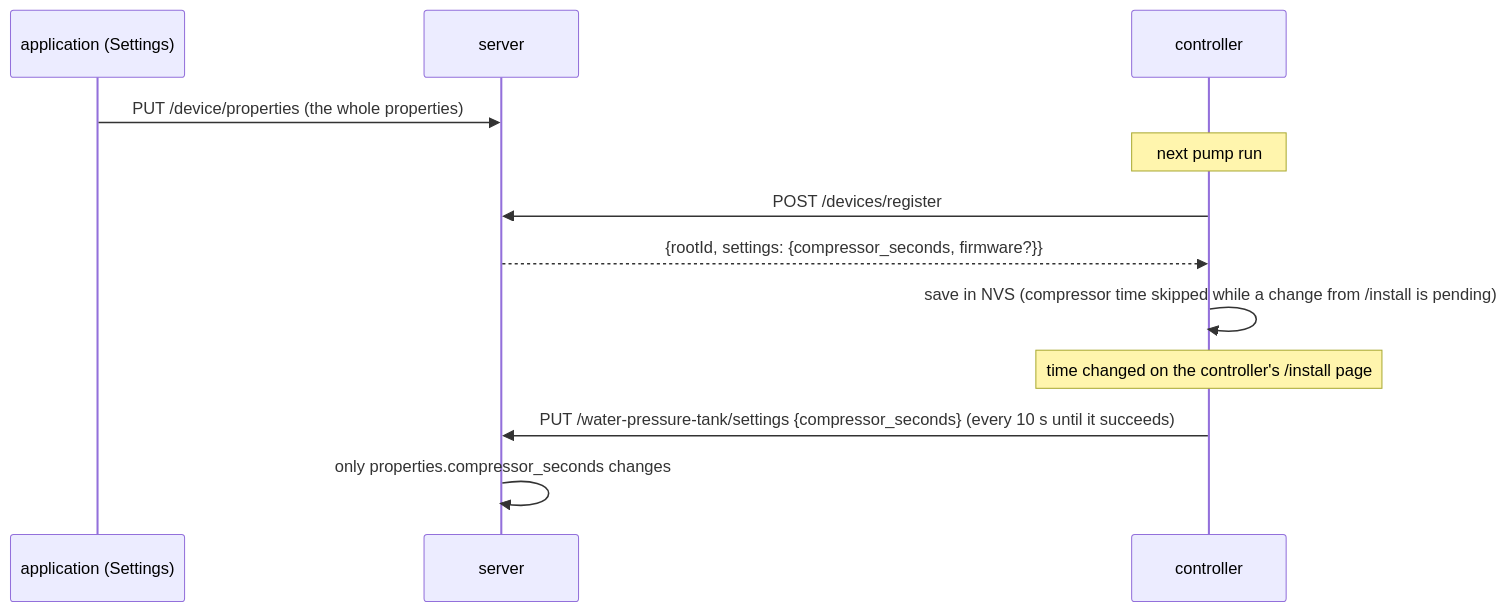
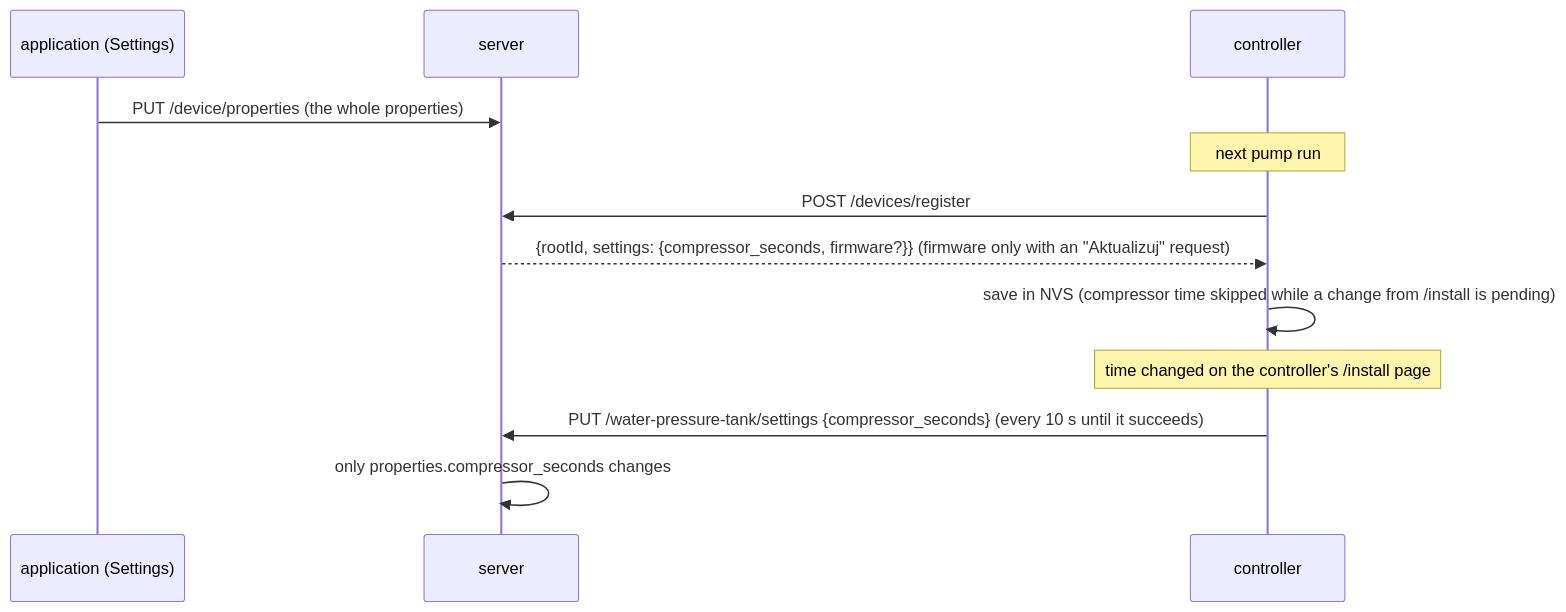
Before and after one commit to robertorlowski/chpc-web: the fifth of 5 diagrams in docs/en/moduly/water-pressure-tank/2-how-it-works.md, drawn with Mermaid. The commit also changed other lines of this file and 55 other files, not shown here.

First line of the commit message:
Aktualizacja firmware na zlecenie („Aktualizuj”) dla hydroforu, włącznika i pieca; OTA pieca z chmury (firmware 1.5.0), włącznik 1.1.0; piec: przełącznik „Kocioł: Włączony / Wyłączony”

````diff
--- a/docs/en/moduly/water-pressure-tank/2-how-it-works.md
+++ b/docs/en/moduly/water-pressure-tank/2-how-it-works.md
@@ -89,14 +89,14 @@
 ```mermaid
 sequenceDiagram
     participant U as application (Settings)
     participant S as server
     participant C as controller
     U->>S: PUT /device/properties (the whole properties)
     Note over C: next pump run
     C->>S: POST /devices/register
-    S-->>C: {rootId, settings: {compressor_seconds, firmware?}}
+    S-->>C: {rootId, settings: {compressor_seconds, firmware?}} (firmware only with an "Aktualizuj" request)
     C->>C: save in NVS (compressor time skipped while a change from /install is pending)
     Note over C: time changed on the controller's /install page
     C->>S: PUT /water-pressure-tank/settings {compressor_seconds} (every 10 s until it succeeds)
     S->>S: only properties.compressor_seconds changes
 ```
````
